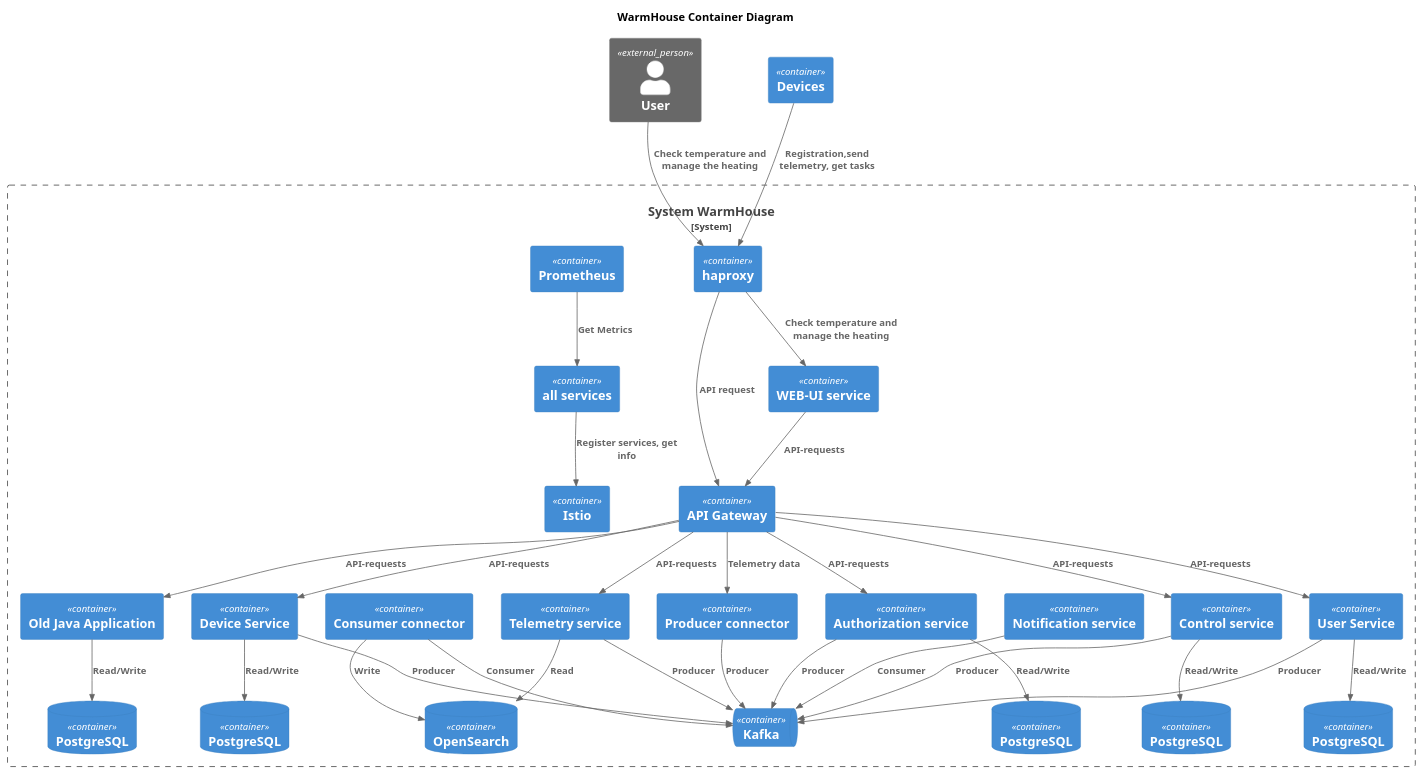
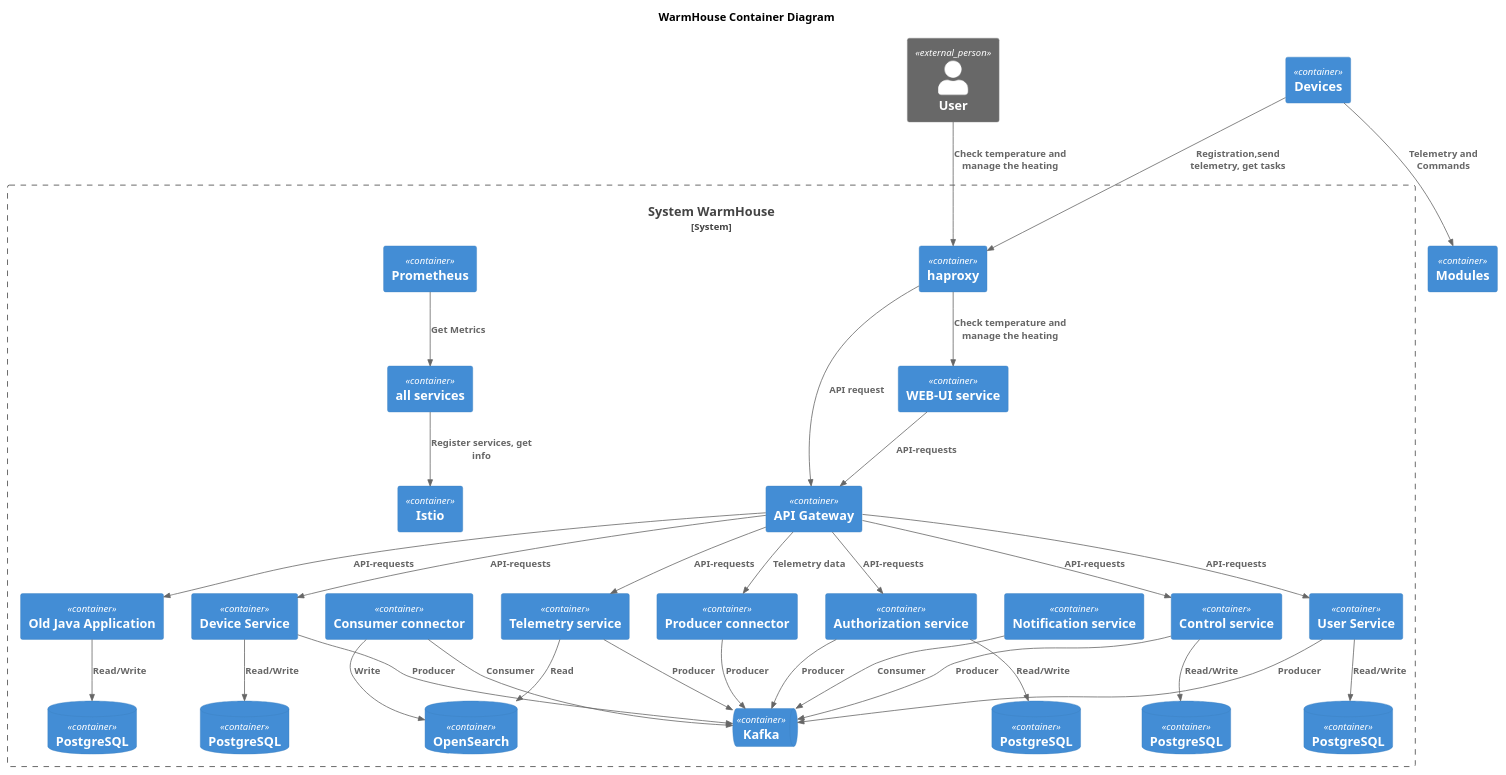
Before and after one commit to pgalonza/architecture-sprint-3: the diagram in future-container-diagram.puml, drawn with PlantUML. The commit also changed 5 other files, not shown here.

```diff
--- a/future-container-diagram.puml
+++ b/future-container-diagram.puml
@@ -1,73 +1,75 @@
 @startuml
 title WarmHouse Container Diagram
 
 top to bottom direction
 
 !include https://raw.githubusercontent.com/plantuml-stdlib/C4-PlantUML/master/C4_Container.puml
 
 Person_Ext(user, "User")
 System_Boundary(s1, "System WarmHouse") {
     Container(api_gateway, "API Gateway")
     ContainerQueue(kafka, "Kafka")
     Container(haproxy, "haproxy")
 
     Container(application, "Old Java Application")
     Container('device_service', "Device Service")
     Container('user_service', "User Service")
     Container('auth_service', "Authorization service")
     Container('consumer_connector', "Consumer connector")
     Container('producer_connector', "Producer connector")
     Container('control_service', "Control service")
     Container('telemetry_service', "Telemetry service")
     Container('webui_service', "WEB-UI service")
     Container('notification_service', "Notification service")
 
     ContainerDb(ds_db, "PostgreSQL")
     ContainerDb('as_db', "PostgreSQL")
     ContainerDb('ts_db', "OpenSearch")
     ContainerDb('us_db', "PostgreSQL")
     ContainerDb('cs_db', "PostgreSQL")
     ContainerDb(pastgresql, "PostgreSQL")
 
 
     Container('prometheus', "Prometheus")
     Container(istio, "Istio")
     Container(all_services, "all services")
 }
 Rel(user, haproxy, "Check temperature and manage the heating")
 Rel(haproxy, webui_service, "Check temperature and manage the heating")
 Rel(haproxy, api_gateway, "API request")
 Rel(webui_service, api_gateway, "API-requests")
 
 Container(devices, "Devices")
 Rel(devices, haproxy, "Registration,send telemetry, get tasks")
+Container(modules, "Modules")
+Rel(devices, modules, "Telemetry and Commands")
 
 Rel(api_gateway, application, "API-requests")
 Rel(api_gateway, device_service, "API-requests")
 Rel(api_gateway, auth_service, "API-requests")
 Rel(api_gateway, producer_connector, "Telemetry data")
 Rel(api_gateway, telemetry_service, "API-requests")
 Rel(api_gateway, user_service, "API-requests")
 Rel(api_gateway, control_service, "API-requests")
 
 
 Rel(consumer_connector, kafka, "Consumer")
 Rel(notification_service, kafka, "Consumer")
 Rel(producer_connector, kafka, "Producer")
 Rel(device_service, kafka, "Producer")
 Rel(user_service, kafka, "Producer")
 Rel(auth_service, kafka, "Producer")
 Rel(telemetry_service, kafka, "Producer")
 Rel(control_service, kafka, "Producer")
 
 Rel(application, pastgresql, "Read/Write")
 Rel(device_service, ds_db, "Read/Write")
 Rel(auth_service, as_db, "Read/Write")
 Rel(user_service, us_db, "Read/Write")
 Rel(control_service, cs_db, "Read/Write")
 Rel(consumer_connector, ts_db, "Write")
 Rel(telemetry_service, ts_db, "Read")
 
 Rel(prometheus, all_services, "Get Metrics")
 Rel(all_services, istio, "Register services, get info")
 @enduml
```
